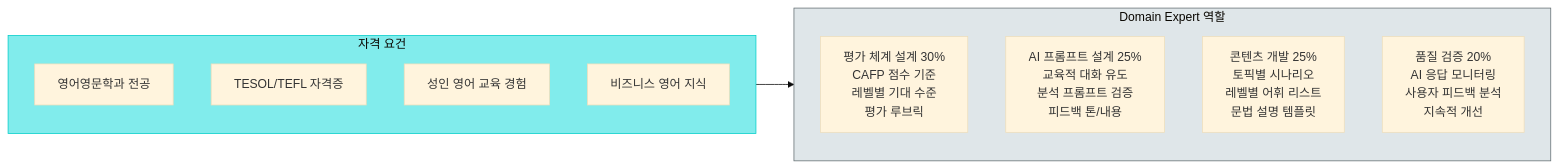
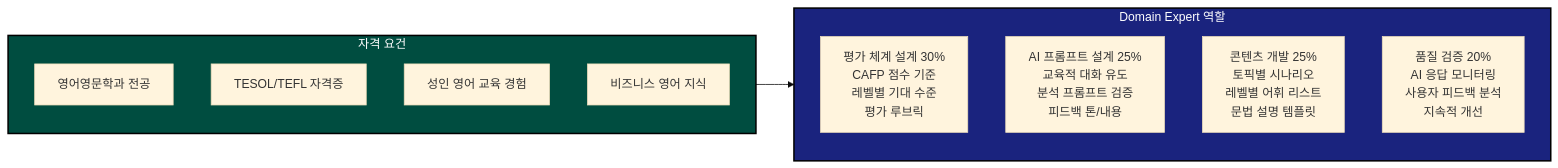
Before and after one commit to 1282saa/ringringv2: the seventh of 7 diagrams in docs/DIAGRAMS.md, drawn with Mermaid (base theme). The commit also changed other lines of this file, not shown here.

First line of the commit message:
docs: 다이어그램 색상 대비 개선

````diff
--- a/docs/DIAGRAMS.md
+++ b/docs/DIAGRAMS.md
@@ -259,22 +270,22 @@
 ```mermaid
 flowchart LR
     subgraph ROLE["Domain Expert 역할"]
         direction TB
         R1["평가 체계 설계 30%<br/>CAFP 점수 기준<br/>레벨별 기대 수준<br/>평가 루브릭"]
         R2["AI 프롬프트 설계 25%<br/>교육적 대화 유도<br/>분석 프롬프트 검증<br/>피드백 톤/내용"]
         R3["콘텐츠 개발 25%<br/>토픽별 시나리오<br/>레벨별 어휘 리스트<br/>문법 설명 템플릿"]
         R4["품질 검증 20%<br/>AI 응답 모니터링<br/>사용자 피드백 분석<br/>지속적 개선"]
     end
 
     subgraph QUAL["자격 요건"]
         Q1["영어영문학과 전공"]
         Q2["TESOL/TEFL 자격증"]
         Q3["성인 영어 교육 경험"]
         Q4["비즈니스 영어 지식"]
     end
 
     QUAL --> ROLE
 
-    style ROLE fill:#dfe6e9,stroke:#636e72
-    style QUAL fill:#81ecec,stroke:#00cec9
+    style ROLE fill:#1a237e,stroke:#000,stroke-width:2px,color:#fff
+    style QUAL fill:#004d40,stroke:#000,stroke-width:2px,color:#fff
 ```
````
